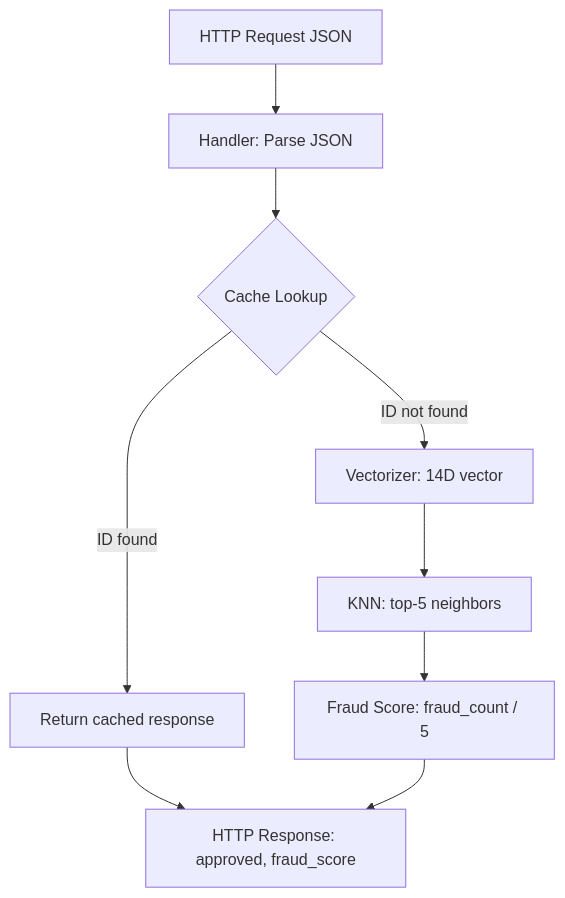
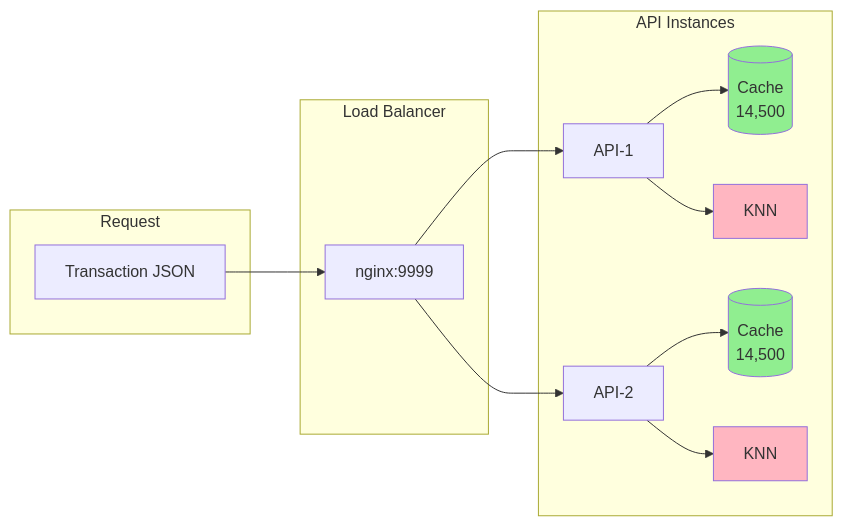
Before and after one commit to fabianoflorentino/fraudctl: the second of 2 diagrams in README.md, drawn with Mermaid. The commit also changed other lines of this file, not shown here.

Commit message:
docs: improve architecture diagrams with sequence and flow charts

````diff
--- a/README.md
+++ b/README.md
@@ -73,11 +109,26 @@
 ```mermaid
-flowchart TD
-  A[HTTP Request JSON] --> B[Handler: Parse JSON]
-  B --> C{Cache Lookup}
-  C -->|ID found| D[Return cached response]
-  C -->|ID not found| E[Vectorizer: 14D vector]
-  E --> F[KNN: top-5 neighbors]
-  F --> G[Fraud Score: fraud_count / 5]
-  D --> H[HTTP Response: approved, fraud_score]
-  G --> H
+flowchart LR
+    subgraph Request
+        A[Transaction JSON]
+    end
+
+    subgraph nginx[Load Balancer]
+        B[nginx:9999]
+    end
+
+    subgraph apis[API Instances]
+        C[API-1] --> D[(Cache<br/>14,500)]
+        E[API-2] --> F[(Cache<br/>14,500)]
+        C --> G[KNN]
+        E --> H[KNN]
+    end
+
+    A --> B
+    B --> C
+    B --> E
+
+    style D fill:#90EE90
+    style F fill:#90EE90
+    style G fill:#FFB6C1
+    style H fill:#FFB6C1
 ```
````
